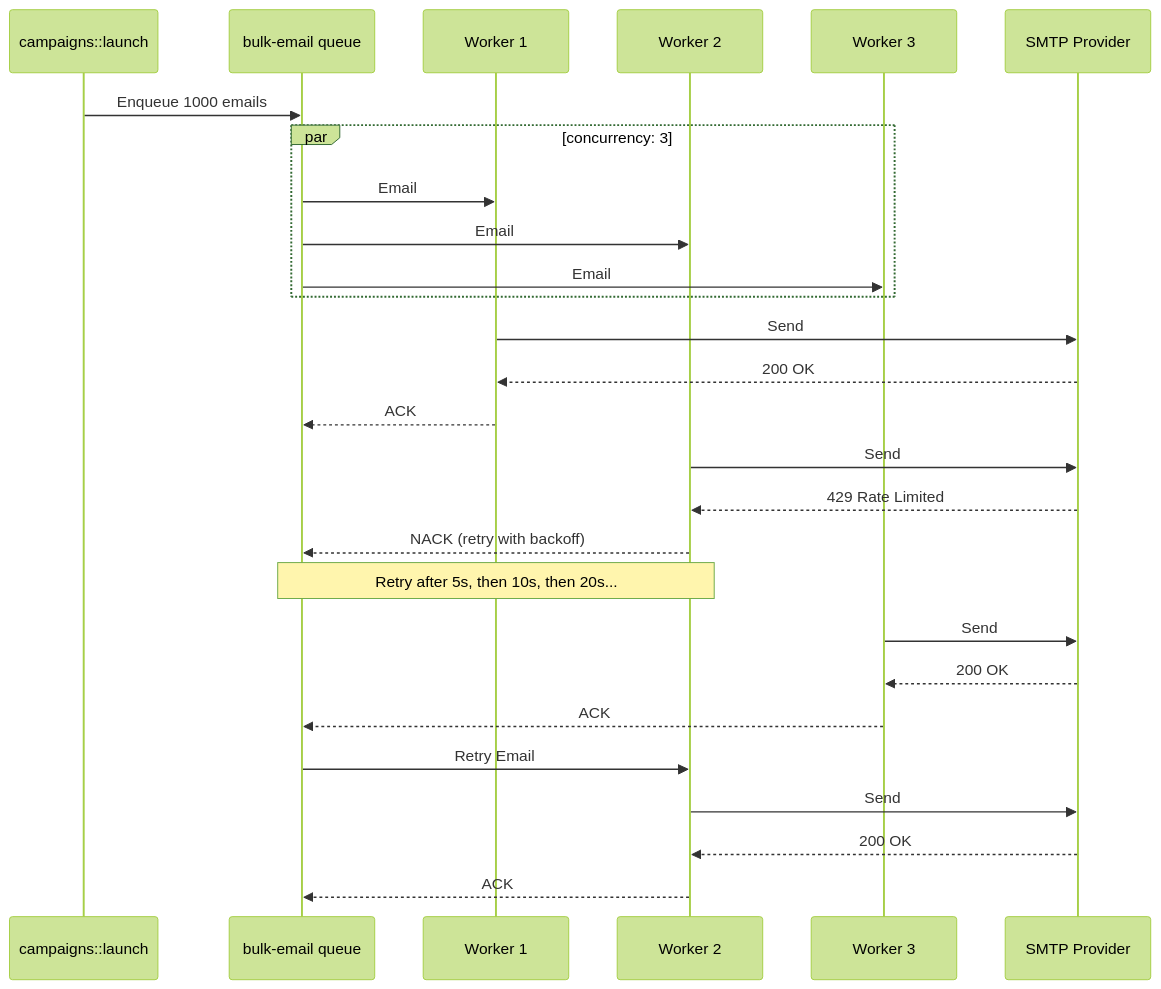
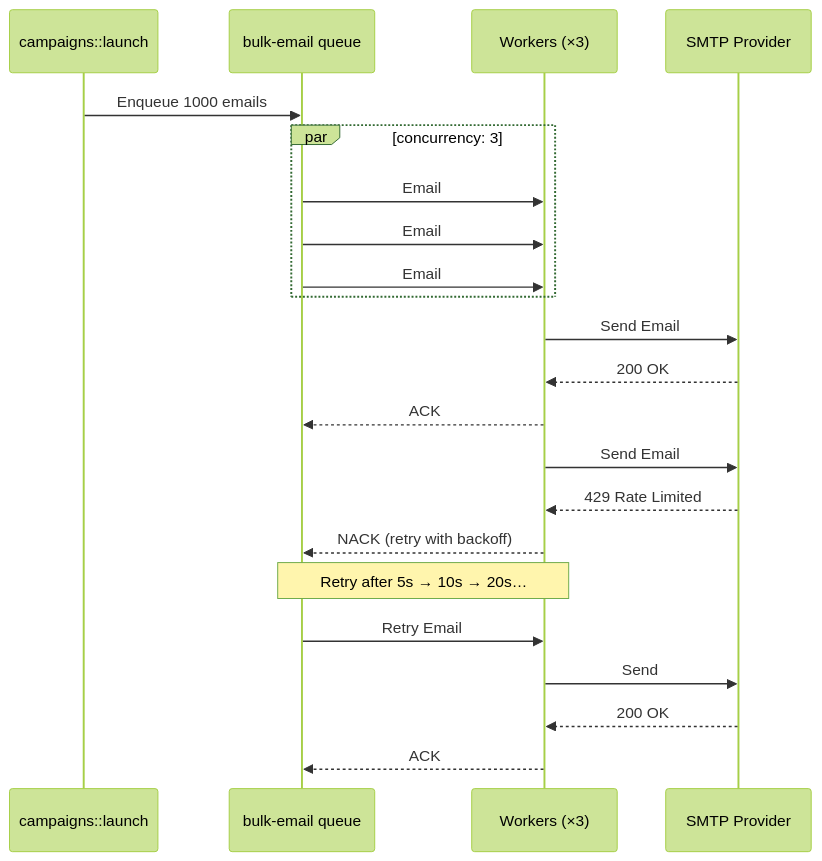
The fifth of 5 diagrams in docs/how-to/use-named-queues.mdx (iii-hq/iii), drawn with Mermaid (forest theme) before and after one commit. The commit also changed other lines of this file, not shown here.

First line of the commit message:
docs: simplify mermaid diagrams in named queues guide

````diff
--- a/docs/how-to/use-named-queues.mdx
+++ b/docs/how-to/use-named-queues.mdx
@@ -669,36 +679,30 @@
 ```mermaid
 sequenceDiagram
     participant Campaign as campaigns::launch
     participant Q as bulk-email queue
-    participant W1 as Worker 1
-    participant W2 as Worker 2
-    participant W3 as Worker 3
+    participant W as Workers (×3)
     participant SMTP as SMTP Provider
 
     Campaign->>Q: Enqueue 1000 emails
 
     par concurrency: 3
-        Q->>W1: Email #1
-        Q->>W2: Email #2
-        Q->>W3: Email #3
+        Q->>W: Email #1
+        Q->>W: Email #2
+        Q->>W: Email #3
     end
 
-    W1->>SMTP: Send
-    SMTP-->>W1: 200 OK
-    W1-->>Q: ACK
+    W->>SMTP: Send Email #1
+    SMTP-->>W: 200 OK
+    W-->>Q: ACK
 
-    W2->>SMTP: Send
-    SMTP-->>W2: 429 Rate Limited
-    W2-->>Q: NACK (retry with backoff)
+    W->>SMTP: Send Email #2
+    SMTP-->>W: 429 Rate Limited
+    W-->>Q: NACK (retry with backoff)
 
-    Note over Q,W2: Retry after 5s, then 10s, then 20s...
+    Note over Q,W: Retry after 5s → 10s → 20s…
 
-    W3->>SMTP: Send
-    SMTP-->>W3: 200 OK
-    W3-->>Q: ACK
-
-    Q->>W2: Retry Email #2
-    W2->>SMTP: Send
-    SMTP-->>W2: 200 OK
-    W2-->>Q: ACK
+    Q->>W: Retry Email #2
+    W->>SMTP: Send
+    SMTP-->>W: 200 OK
+    W-->>Q: ACK
 ```
````
